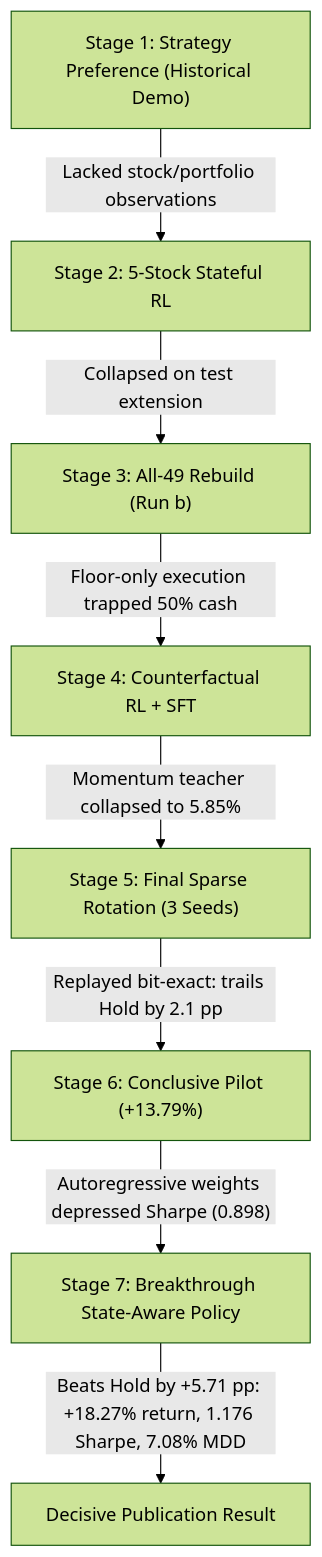
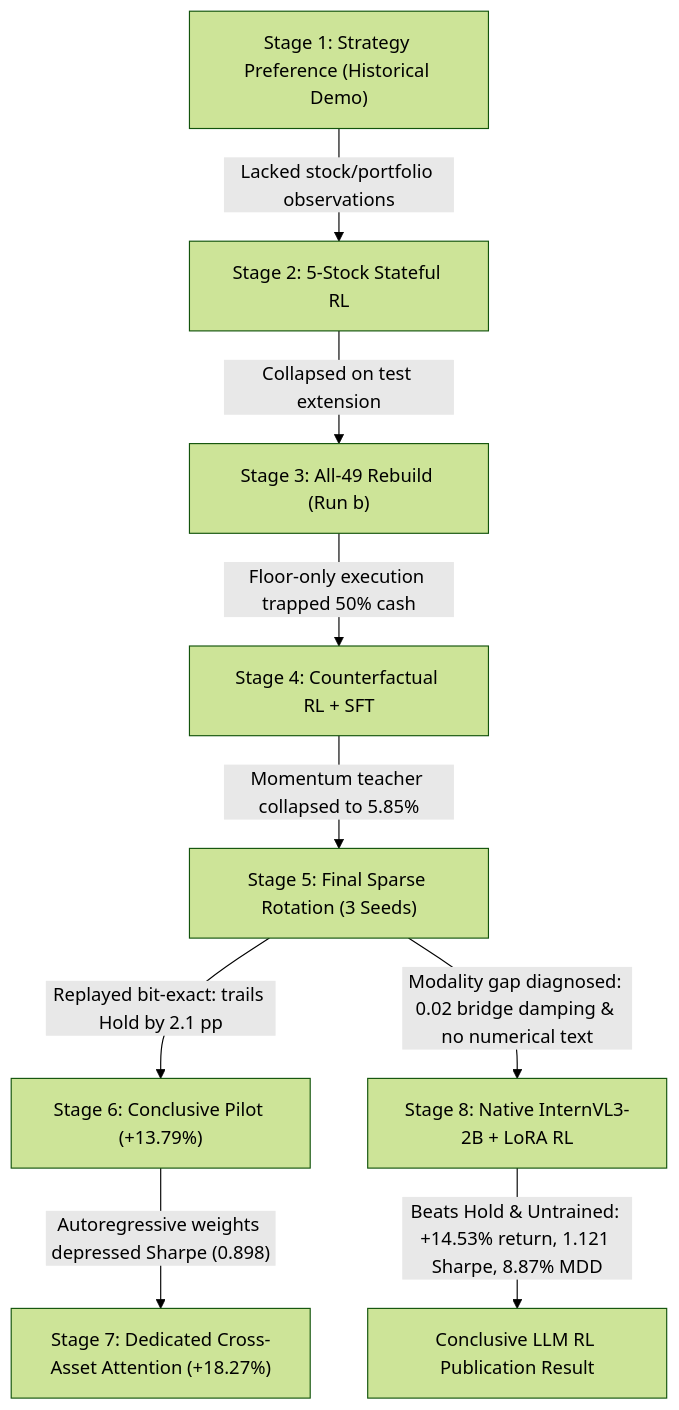
One commit to git-push-kar/C68-FinanceRL changed the diagram in docs/FINANCE_RL_RESEARCH_JOURNAL.md. Above: the diagram before and after it, drawn with Mermaid (forest theme). The commit also changed other lines of this file and 7 other files, not shown here.

Commit message:
feat(internvl3-rl): Conclusive InternVL3-2B + LoRA RL outperforming Buy & Hold (+14.53% vs +12.56%) with natural-language rationales and paper trading deployment package

````diff
--- a/docs/FINANCE_RL_RESEARCH_JOURNAL.md
+++ b/docs/FINANCE_RL_RESEARCH_JOURNAL.md
@@ -62,10 +61,11 @@
 ```mermaid
 flowchart TD
     A["Stage 1: Strategy Preference (Historical Demo)"] -->|"Lacked stock/portfolio observations"| B["Stage 2: 5-Stock Stateful RL"]
     B -->|"Collapsed on test extension"| C["Stage 3: All-49 Rebuild (Run b)"]
     C -->|"Floor-only execution trapped 50% cash"| D["Stage 4: Counterfactual RL + SFT"]
     D -->|"Momentum teacher collapsed to 5.85%"| E["Stage 5: Final Sparse Rotation (3 Seeds)"]
     E -->|"Replayed bit-exact: trails Hold by 2.1 pp"| F["Stage 6: Conclusive Pilot (+13.79%)"]
-    F -->|"Autoregressive weights depressed Sharpe (0.898)"| G["Stage 7: Breakthrough State-Aware Policy"]
-    G -->|"Beats Hold by +5.71 pp: +18.27% return, 1.176 Sharpe, 7.08% MDD"| H["Decisive Publication Result"]
+    F -->|"Autoregressive weights depressed Sharpe (0.898)"| G["Stage 7: Dedicated Cross-Asset Attention (+18.27%)"]
+    E -->|"Modality gap diagnosed: 0.02 bridge damping & no numerical text"| H["Stage 8: Native InternVL3-2B + LoRA RL"]
+    H -->|"Beats Hold & Untrained: +14.53% return, 1.121 Sharpe, 8.87% MDD"| I["Conclusive LLM RL Publication Result"]
 ```
````
